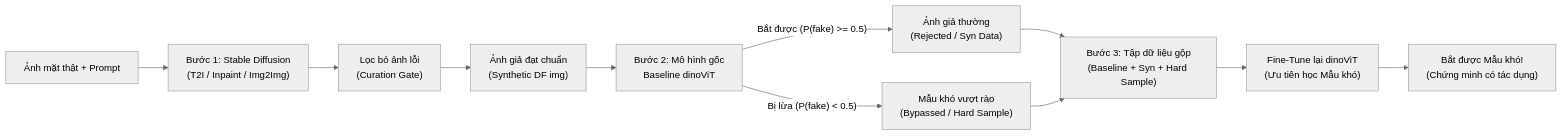
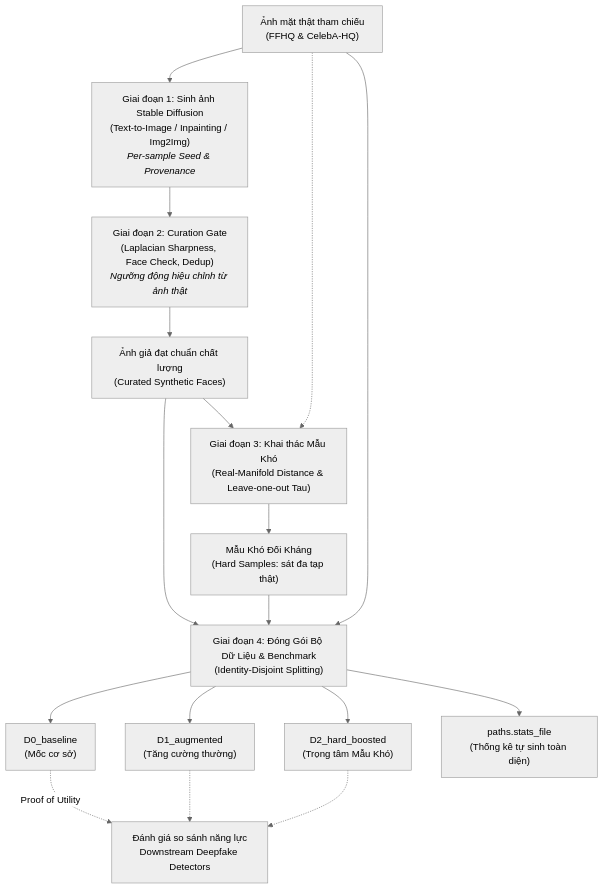
One commit to bush-le/uth-cv-coursework changed the diagram in docs/OVERVIEW.md. Above: the diagram before and after it, drawn with Mermaid (neutral theme). The commit also changed other lines of this file and 8 other files, not shown here.

````diff
--- a/docs/OVERVIEW.md
+++ b/docs/OVERVIEW.md
@@ -15,13 +15,19 @@
 ```mermaid
-flowchart LR
-    A["Ảnh mặt thật + Prompt"] --> B["Bước 1: Stable Diffusion<br/>(T2I / Inpaint / Img2Img)"]
-    B --> C["Lọc bỏ ảnh lỗi<br/>(Curation Gate)"]
-    C --> D["Ảnh giả đạt chuẩn<br/>(Synthetic DF img)"]
-    D --> E["Bước 2: Mô hình gốc<br/>Baseline dinoViT"]
-    E -- "Bắt được (P(fake) >= 0.5)" --> F["Ảnh giả thường<br/>(Rejected / Syn Data)"]
-    E -- "Bị lừa (P(fake) < 0.5)" --> G["Mẫu khó vượt rào<br/>(Bypassed / Hard Sample)"]
-    F --> H["Bước 3: Tập dữ liệu gộp<br/>(Baseline + Syn + Hard Sample)"]
-    G --> H
-    H --> I["Fine-Tune lại dinoViT<br/>(Ưu tiên học Mẫu khó)"]
-    I --> J["Bắt được Mẫu khó!<br/>(Chứng minh có tác dụng)"]
+flowchart TD
+    Raw["Ảnh mặt thật tham chiếu<br/>(FFHQ & CelebA-HQ)"] --> Gen["Giai đoạn 1: Sinh ảnh Stable Diffusion<br/>(Text-to-Image / Inpainting / Img2Img)<br/><i>Per-sample Seed & Provenance</i>"]
+    Gen --> Cur["Giai đoạn 2: Curation Gate<br/>(Laplacian Sharpness, Face Check, Dedup)<br/><i>Ngưỡng động hiệu chỉnh từ ảnh thật</i>"]
+    Cur --> SynValid["Ảnh giả đạt chuẩn chất lượng<br/>(Curated Synthetic Faces)"]
+    SynValid --> Mine["Giai đoạn 3: Khai thác Mẫu Khó<br/>(Real-Manifold Distance & Leave-one-out Tau)"]
+    Raw -.-> Mine
+    Mine --> Hard["Mẫu Khó Đối Kháng<br/>(Hard Samples: sát đa tạp thật)"]
+    SynValid --> Pack["Giai đoạn 4: Đóng Gói Bộ Dữ Liệu & Benchmark<br/>(Identity-Disjoint Splitting)"]
+    Hard --> Pack
+    Raw --> Pack
+    Pack --> D0["D0_baseline<br/>(Mốc cơ sở)"]
+    Pack --> D1["D1_augmented<br/>(Tăng cường thường)"]
+    Pack --> D2["D2_hard_boosted<br/>(Trọng tâm Mẫu Khó)"]
+    Pack --> Stats["paths.stats_file<br/>(Thống kê tự sinh toàn diện)"]
+    D0 -. "Proof of Utility" .-> Eval["Đánh giá so sánh năng lực<br/>Downstream Deepfake Detectors"]
+    D1 -.-> Eval
+    D2 -.-> Eval
 ```
````
